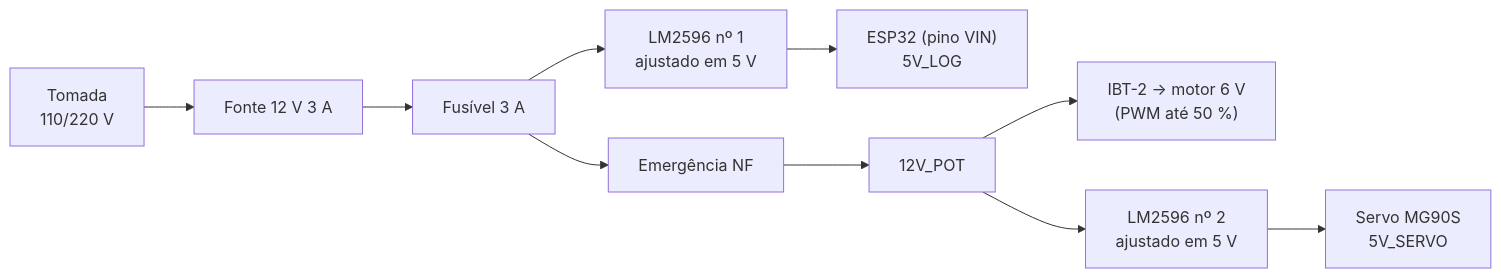
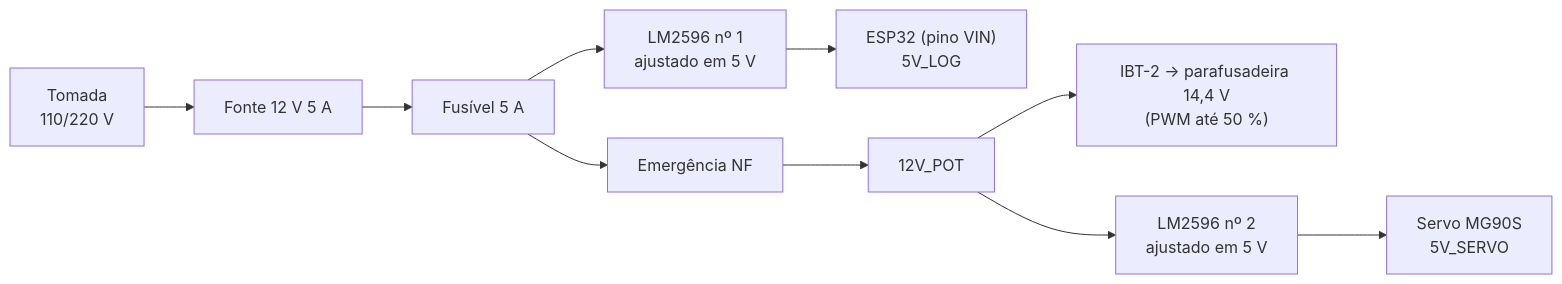
Before and after one commit to raimundogabriel/projeto-bateria-gravitacional: the diagram in MVP_FABLAB/DIY/05_lista_compras_eletronica.md, drawn with Mermaid. The commit also changed other lines of this file and 24 other files, not shown here.

````diff
--- a/MVP_FABLAB/DIY/05_lista_compras_eletronica.md
+++ b/MVP_FABLAB/DIY/05_lista_compras_eletronica.md
@@ -12,12 +12,12 @@
 ```mermaid
 flowchart LR
-    T["Tomada<br/>110/220 V"] --> PSU["Fonte 12 V 3 A"]
-    PSU --> F["Fusível 3 A"]
+    T["Tomada<br/>110/220 V"] --> PSU["Fonte 12 V 5 A"]
+    PSU --> F["Fusível 5 A"]
     F --> B1["LM2596 nº 1<br/>ajustado em 5 V"]
     B1 --> ESP["ESP32 (pino VIN)<br/>5V_LOG"]
     F --> EM["Emergência NF"]
     EM --> POT["12V_POT"]
-    POT --> IBT["IBT-2 → motor 6 V<br/>(PWM até 50 %)"]
+    POT --> IBT["IBT-2 → parafusadeira 14,4 V<br/>(PWM até 50 %)"]
     POT --> B2["LM2596 nº 2<br/>ajustado em 5 V"]
     B2 --> SERVO["Servo MG90S<br/>5V_SERVO"]
 ```
````
